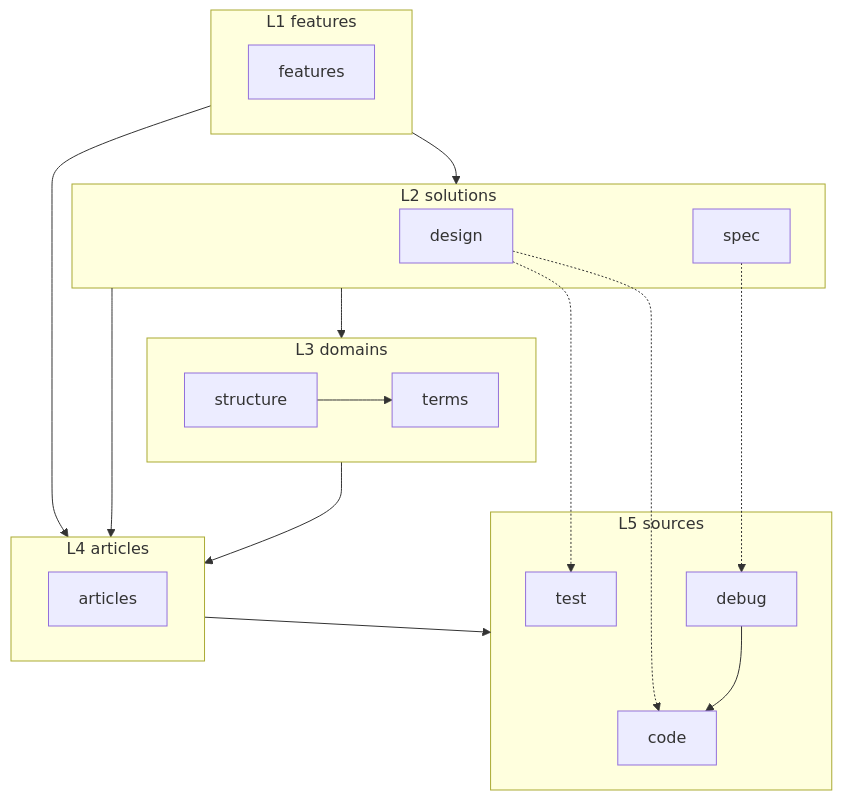
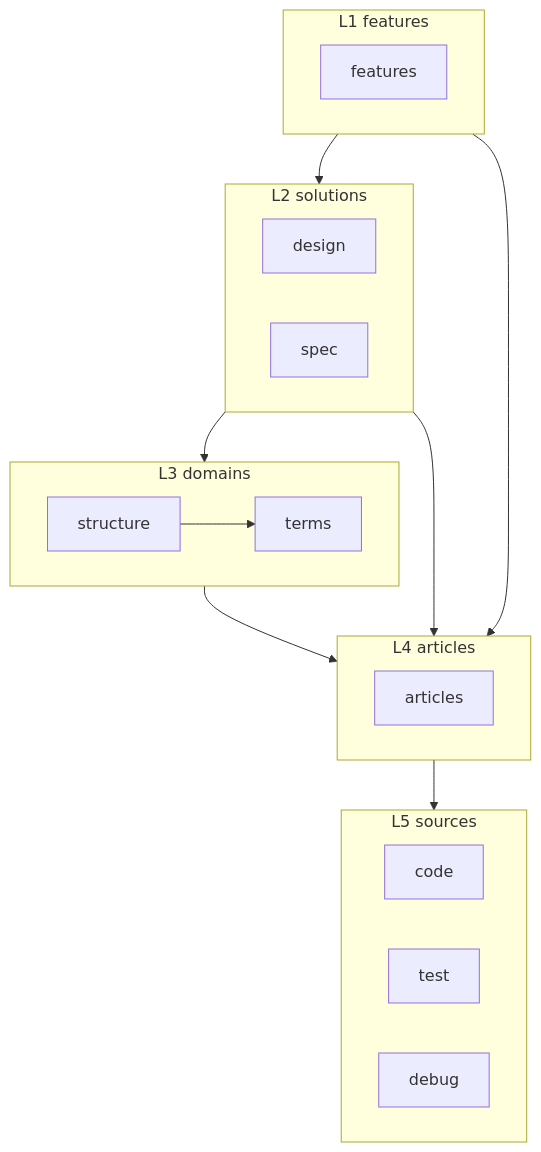
The diagram in README.md (gameundwatch/archivist), drawn with Mermaid before and after one commit. The commit also changed other lines of this file, not shown here.

Commit message:
fix: 読みづらさの改善と、説明になっていない説明を修正。インストール方法の修正

````diff
--- a/README.md
+++ b/README.md
@@ -14,30 +16,26 @@
 ```mermaid
 flowchart TD
     subgraph L1[L1 features]
         feature[features]
     end
     subgraph L2[L2 solutions]
         design
         spec
     end
     subgraph L3[L3 domains]
         terms
         structure
     end
     subgraph L4[L4 articles]
         articles
     end
     subgraph L5[L5 sources]
         code
         test
         debug
     end
     L1 --> L2 --> L3 --> L4 --> L5
     L1 --> L4
     L2 --> L4
     structure --> terms
-    debug --> code
-    design -.-> code
-    design -.-> test
-    spec -.-> debug
 ```
````
